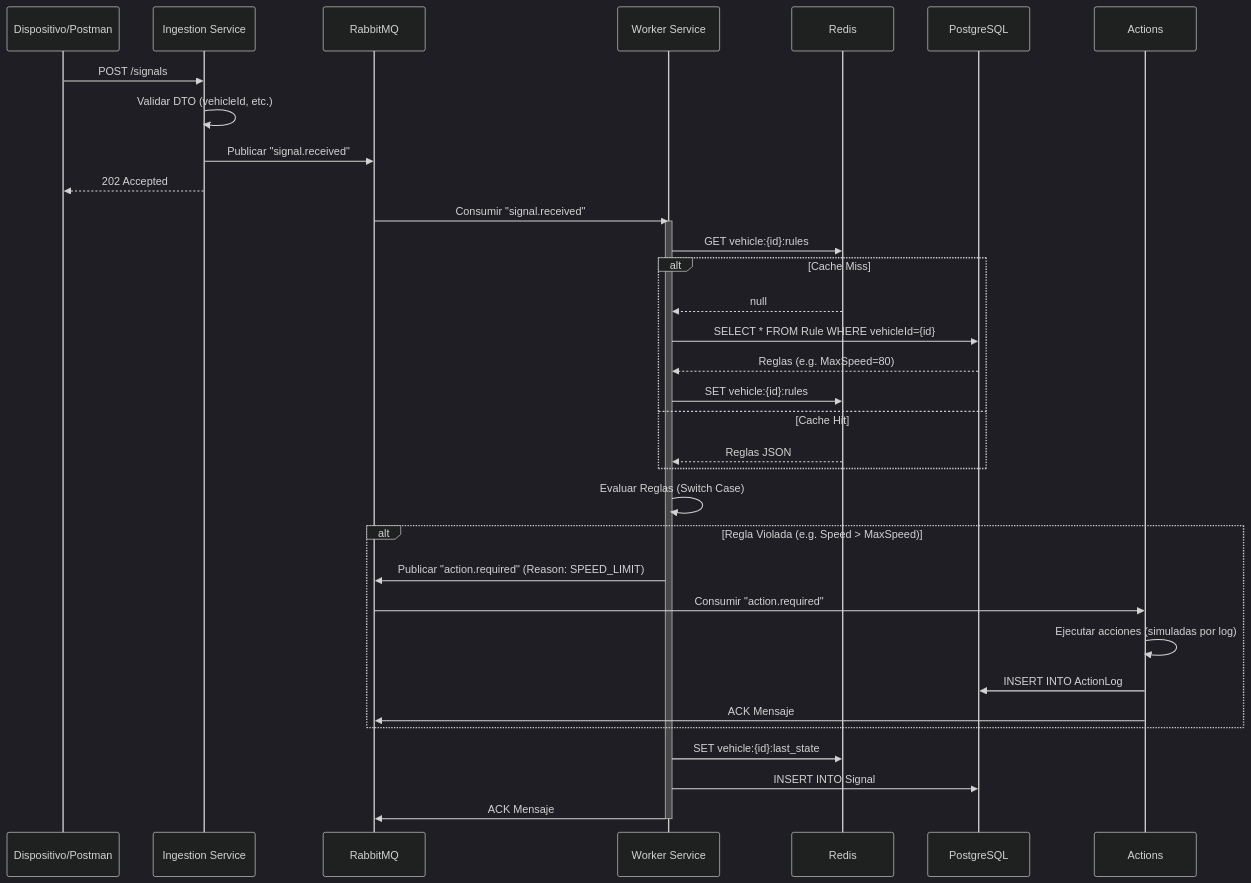
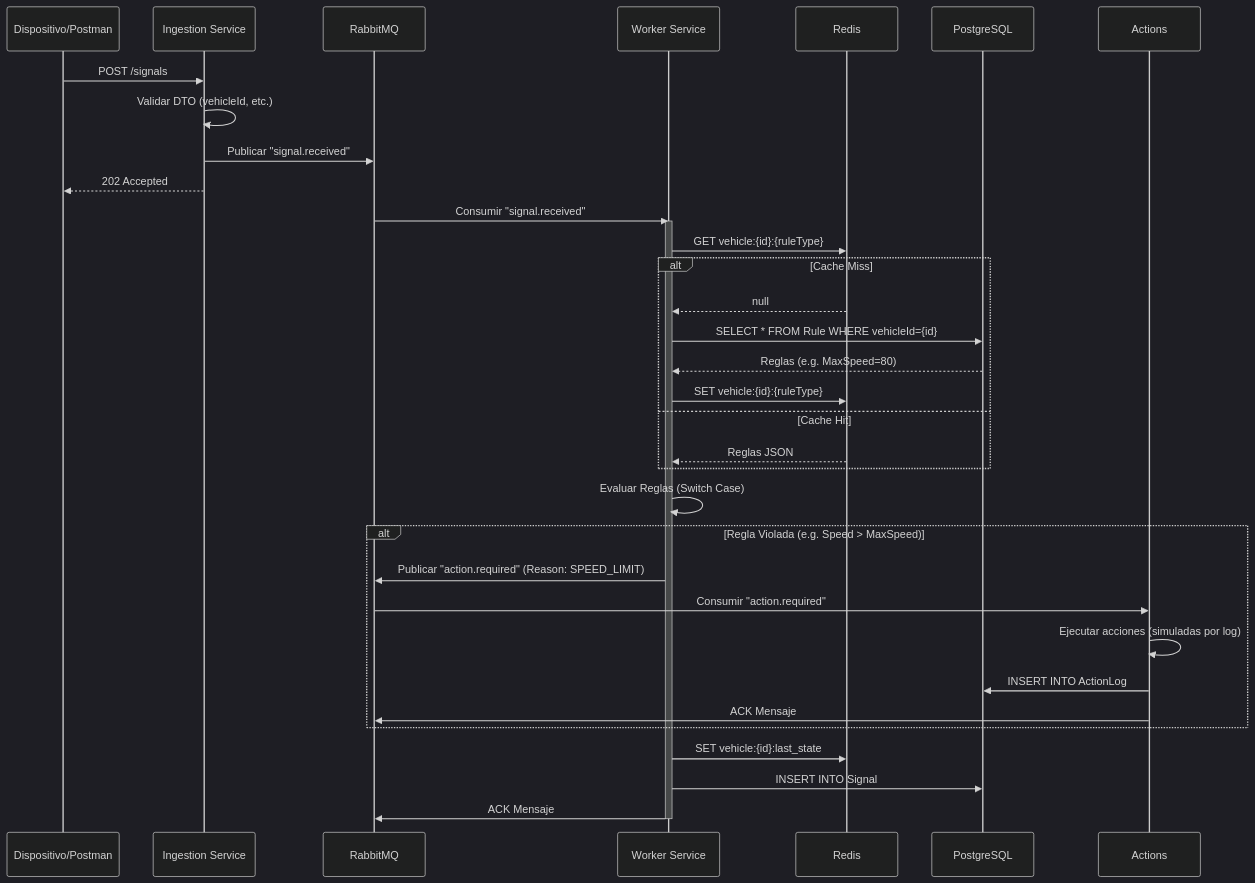
Before and after one commit to JuanPlazas/reto-arquitectura-backend: the second of 4 diagrams in README.md, drawn with Mermaid (dark theme). The commit also changed other lines of this file and 13 other files, not shown here.

````diff
--- a/README.md
+++ b/README.md
@@ -180,53 +192,53 @@
 ```mermaid
 sequenceDiagram
     participant D as Dispositivo/Postman
     participant I as Ingestion Service
     participant Q as RabbitMQ
     participant W as Worker Service
     participant R as Redis
     participant DB as PostgreSQL
     participant A as Actions
 
     %% 1. Ingesta
     D->>I: POST /signals
     I->>I: Validar DTO (vehicleId, etc.)
     I->>Q: Publicar "signal.received"
     I-->>D: 202 Accepted
 
     %% 2. Procesamiento
     Q->>W: Consumir "signal.received"
     activate W
 
     %% 3. Obtención de Reglas (Cache-Aside)
-    W->>R: GET vehicle:{id}:rules
+    W->>R: GET vehicle:{id}:{ruleType}
     alt Cache Miss
         R-->>W: null
         W->>DB: SELECT * FROM Rule WHERE vehicleId={id}
         DB-->>W: Reglas (e.g. MaxSpeed=80)
-        W->>R: SET vehicle:{id}:rules
+        W->>R: SET vehicle:{id}:{ruleType}
     else Cache Hit
         R-->>W: Reglas JSON
     end
 
     %% 4. Evaluación de Reglas
     W->>W: Evaluar Reglas (Switch Case)
 
     alt Regla Violada (e.g. Speed > MaxSpeed)
         W->>Q: Publicar "action.required" (Reason: SPEED_LIMIT)
 
         Q->>A: Consumir "action.required"
 
         A->>A: Ejecutar acciones (simuladas por log)
 
         A->>DB: INSERT INTO ActionLog
 
         A->>Q: ACK Mensaje
     end
 
     %% 5. Persistencia y Estado
     W->>R: SET vehicle:{id}:last_state
     W->>DB: INSERT INTO Signal
 
     W->>Q: ACK Mensaje
     deactivate W
 ```
````
